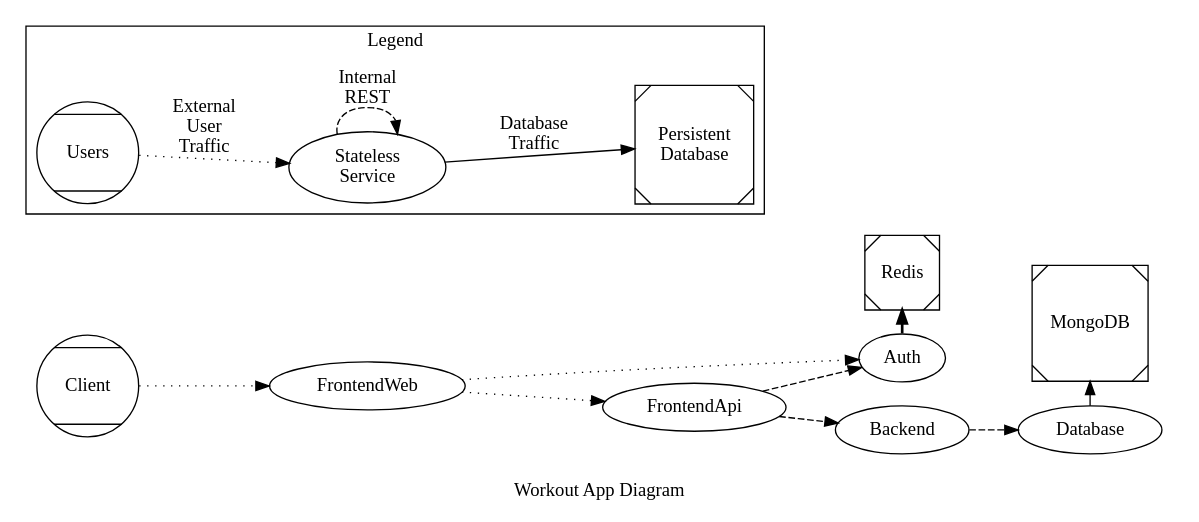
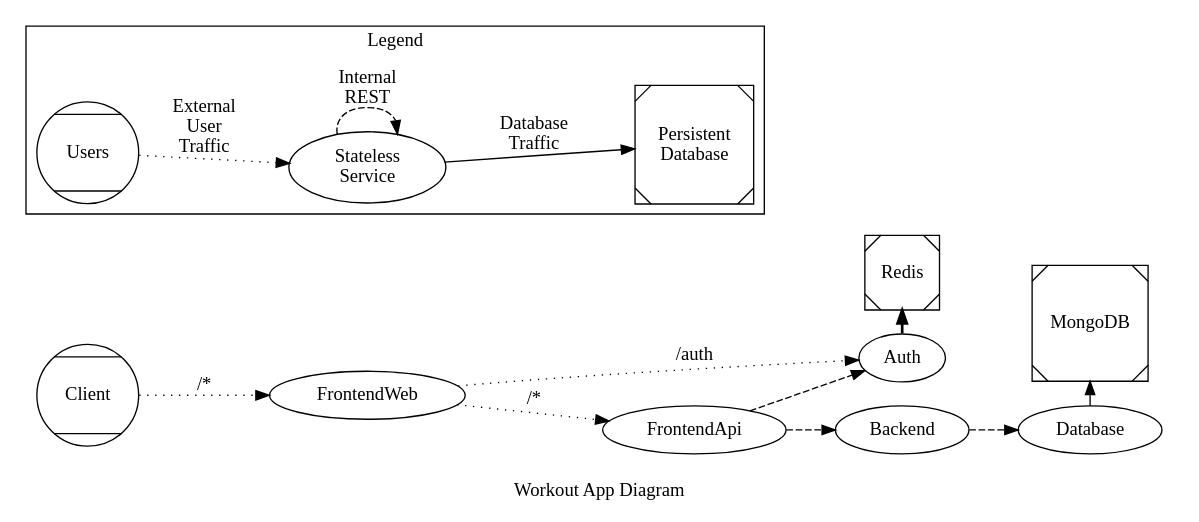
Before and after one commit to bevrist/workout-site: the diagram in docs/diagram.dot, drawn with Graphviz. The commit also changed 8 other files, not shown here.

```diff
--- a/docs/diagram.dot
+++ b/docs/diagram.dot
@@ -1,36 +1,37 @@
 # https://dreampuf.github.io/GraphvizOnline
 
 digraph G {
     rankdir = LR;
     label = "Workout App Diagram";
     Client [shape=Mcircle];
     Redis [shape=Msquare];
     FrontendApi;
     FrontendWeb;
     Backend;
     Database;
     Auth;
     MongoDB [shape=Msquare];
 
     subgraph cluster_0 {
         color = white;
         label = "";
-        Client -> FrontendWeb [style=dotted];
-        FrontendWeb -> FrontendApi, Auth [style=dotted];
+        Client -> FrontendWeb [label="/*" style=dotted];
+        FrontendWeb -> FrontendApi [label="/*" style=dotted];
+        FrontendWeb -> Auth [label="/auth" style=dotted];
         FrontendApi -> Backend, Auth [style=dashed];
         Backend -> Database [style=dashed];
         Database -> MongoDB [minlen=0.5];
         Auth -> Redis [minlen=0.5 style=bold];
     }
 
     subgraph cluster_legend {
         label="Legend";
         internet_users [shape=Mcircle label="Users"];
         stateless_service [label="Stateless\nService"];
         persistent_database [shape=Msquare label="Persistent\nDatabase"];
 
         internet_users -> stateless_service [label="External\nUser\nTraffic" style=dotted];
         stateless_service -> persistent_database [label="Database\nTraffic"];
         stateless_service -> stateless_service [label="Internal\nREST" style=dashed];
     }
 }
```
